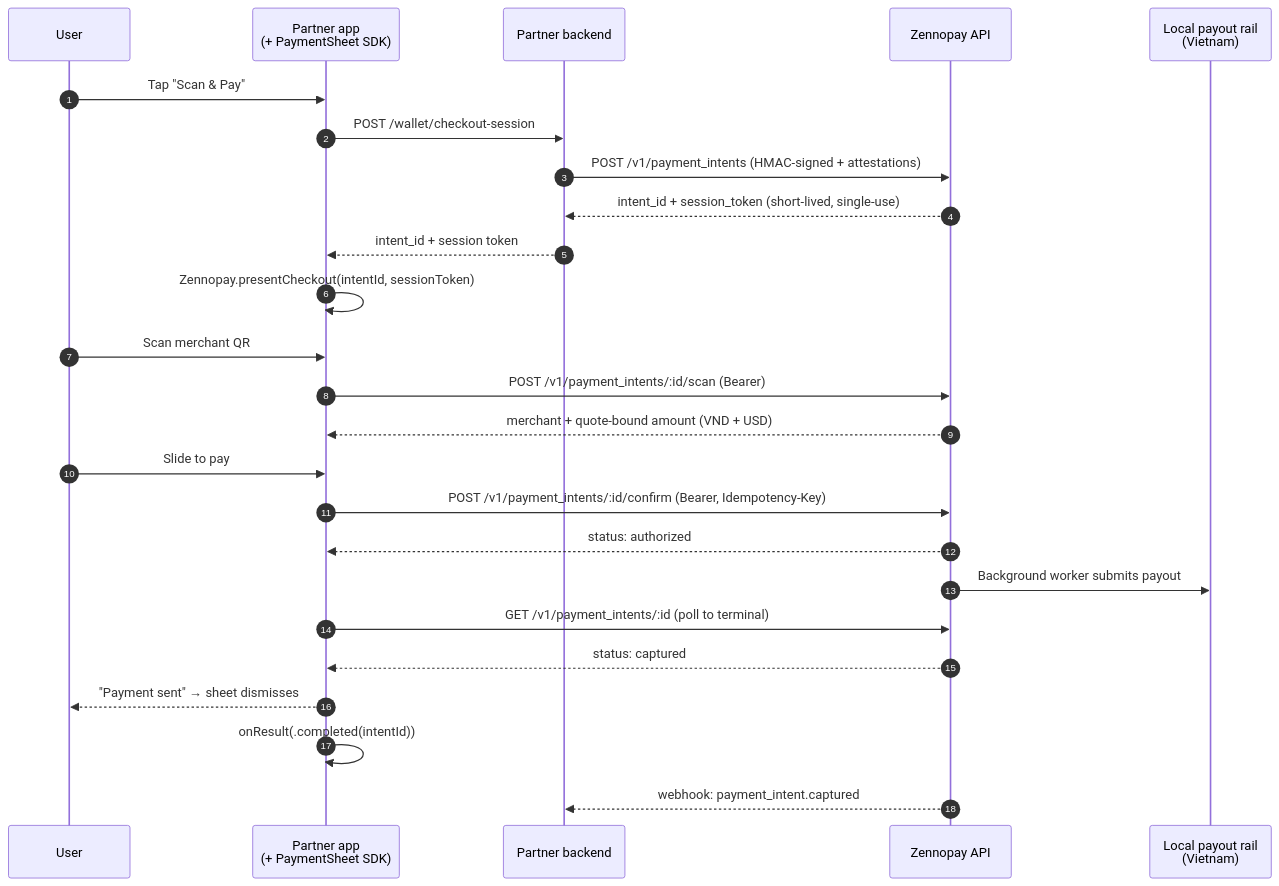
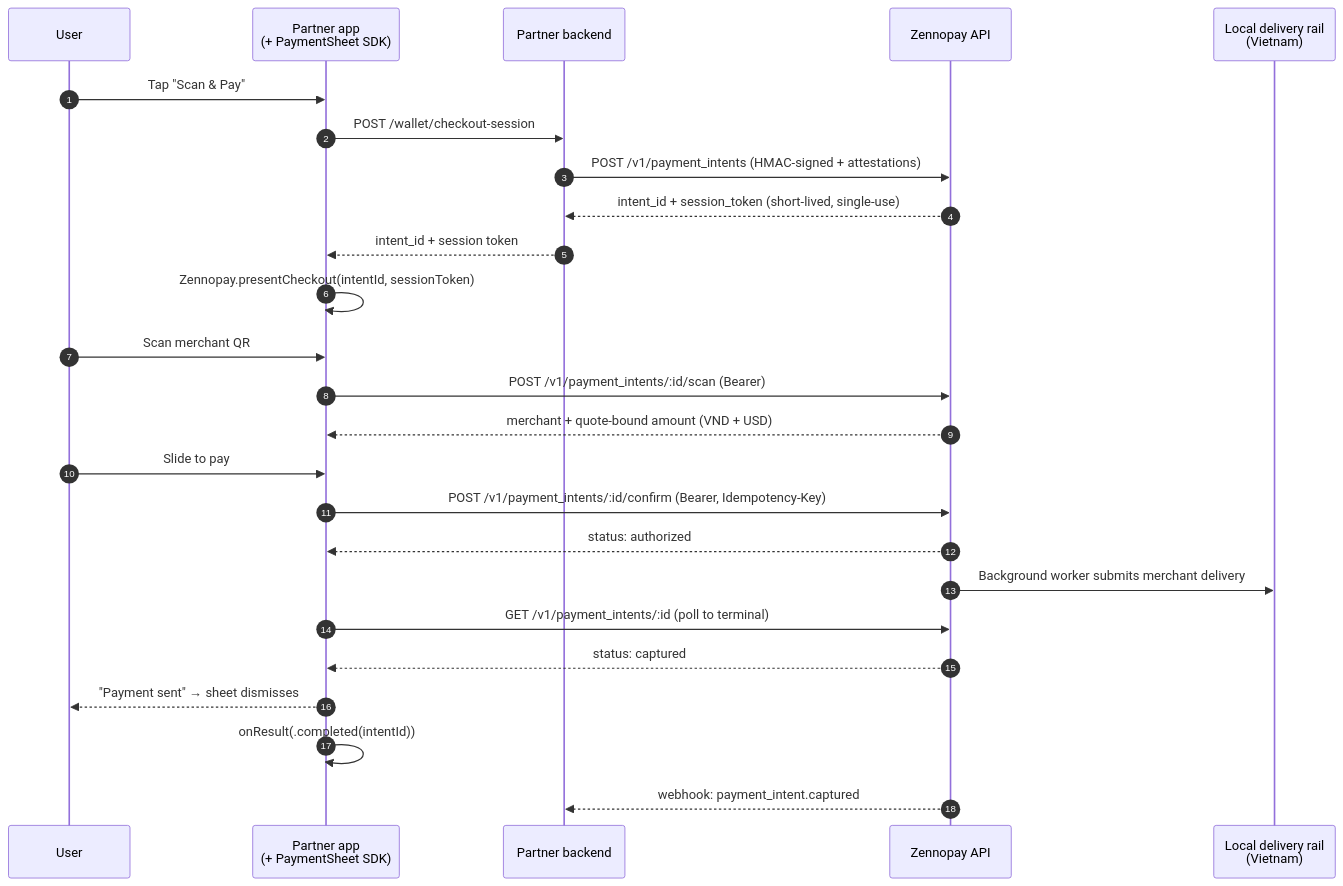
Before and after one commit to Zennopay/zennopay-docs: the diagram in payments/overview.mdx, drawn with Mermaid. The commit also changed other lines of this file and 30 other files, not shown here.

````diff
--- a/payments/overview.mdx
+++ b/payments/overview.mdx
@@ -76,28 +76,28 @@
 ```mermaid
 sequenceDiagram
     autonumber
     participant U as User
     participant App as Partner app<br/>(+ PaymentSheet SDK)
     participant BE as Partner backend
     participant ZP as Zennopay API
-    participant Rail as Local payout rail<br/>(Vietnam)
+    participant Rail as Local delivery rail<br/>(Vietnam)
 
     U->>App: Tap "Scan & Pay"
     App->>BE: POST /wallet/checkout-session
     BE->>ZP: POST /v1/payment_intents (HMAC-signed + attestations)
     ZP-->>BE: intent_id + session_token (short-lived, single-use)
     BE-->>App: intent_id + session token
     App->>App: Zennopay.presentCheckout(intentId, sessionToken)
     U->>App: Scan merchant QR
     App->>ZP: POST /v1/payment_intents/:id/scan (Bearer)
     ZP-->>App: merchant + quote-bound amount (VND + USD)
     U->>App: Slide to pay
     App->>ZP: POST /v1/payment_intents/:id/confirm (Bearer, Idempotency-Key)
     ZP-->>App: status: authorized
-    ZP->>Rail: Background worker submits payout
+    ZP->>Rail: Background worker submits merchant delivery
     App->>ZP: GET /v1/payment_intents/:id (poll to terminal)
     ZP-->>App: status: captured
     App-->>U: "Payment sent" → sheet dismisses
     App->>App: onResult(.completed(intentId))
     ZP-->>BE: webhook: payment_intent.captured
 ```
````
